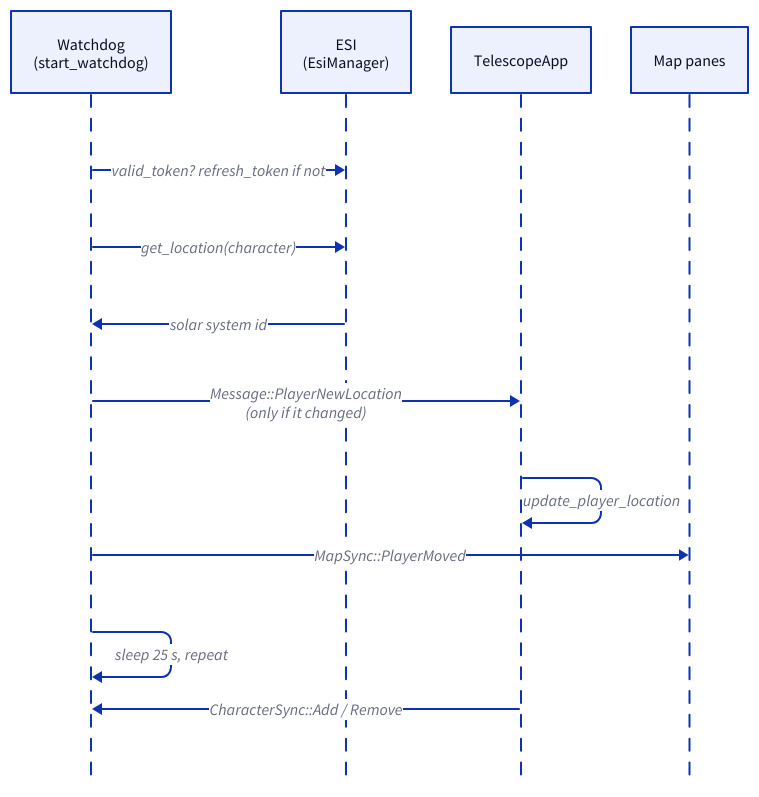
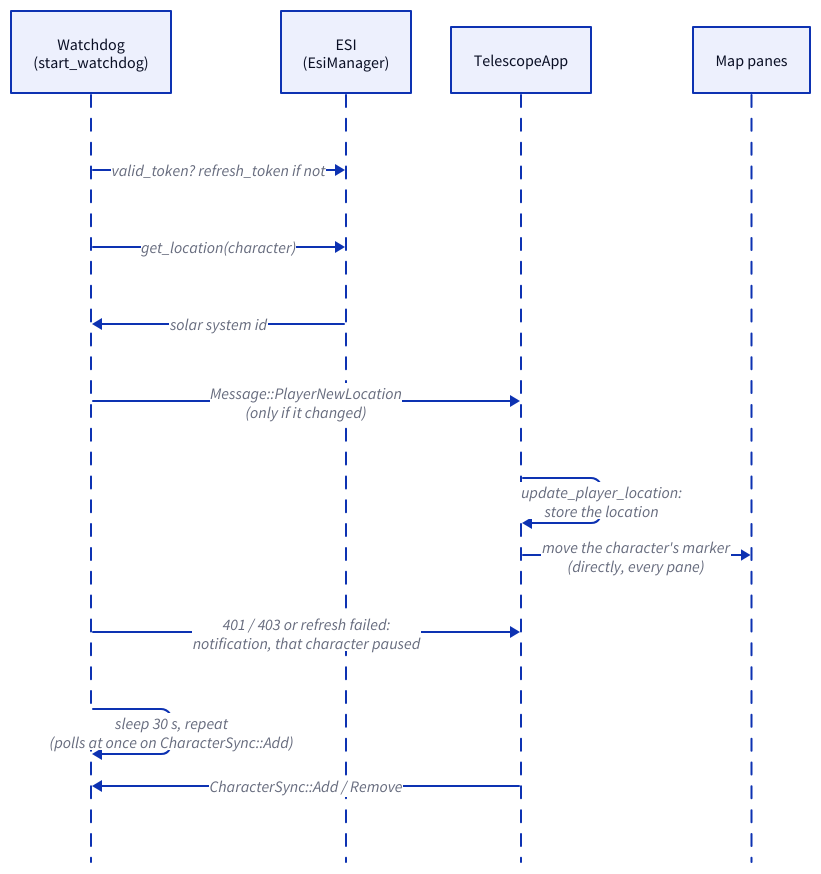
Before and after one commit to rafaga/telescope: the diagram in docs/architecture/flow-location.d2, drawn with D2. The commit also changed 21 other files, not shown here.

```diff
--- a/docs/architecture/flow-location.d2
+++ b/docs/architecture/flow-location.d2
@@ -1,15 +1,16 @@
 shape: sequence_diagram
 
 watchdog: "Watchdog\n(start_watchdog)"
 esi: "ESI\n(EsiManager)"
 app: "TelescopeApp"
 maps: "Map panes"
 
 watchdog -> esi: "valid_token? refresh_token if not"
 watchdog -> esi: "get_location(character)"
 esi -> watchdog: "solar system id"
 watchdog -> app: "Message::PlayerNewLocation\n(only if it changed)"
-app -> app: "update_player_location"
-watchdog -> maps: "MapSync::PlayerMoved"
-watchdog -> watchdog: "sleep 25 s, repeat"
+app -> app: "update_player_location:\nstore the location"
+app -> maps: "move the character's marker\n(directly, every pane)"
+watchdog -> app: "401 / 403 or refresh failed:\nnotification, that character paused"
+watchdog -> watchdog: "sleep 30 s, repeat\n(polls at once on CharacterSync::Add)"
 app -> watchdog: "CharacterSync::Add / Remove"
```
